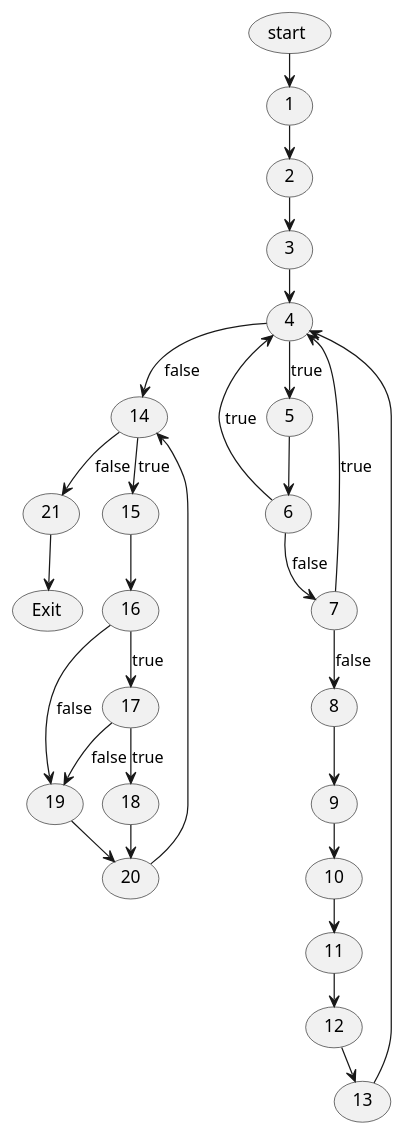
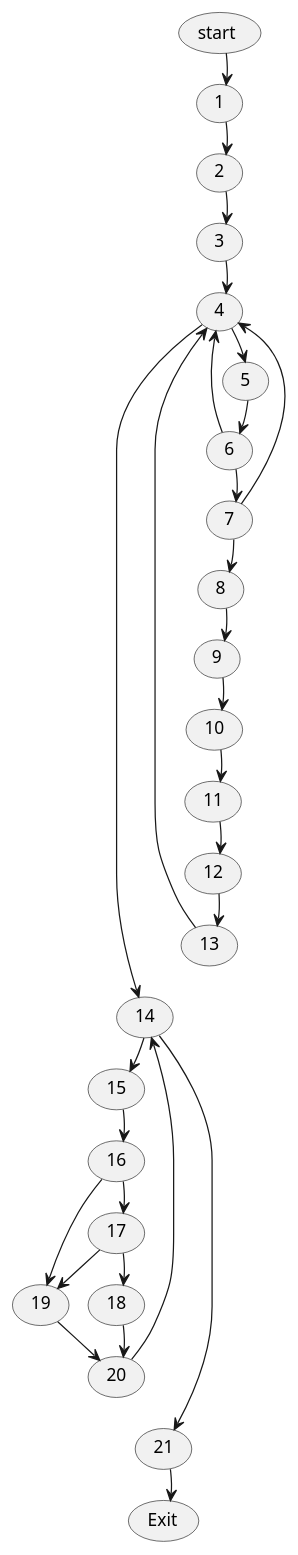
One commit to chuonghoai/MarketPlace changed the diagram in docs/white_box_testing/create_reviews/02_control_flow_graph.puml. Above: the diagram before and after it, drawn with PlantUML. The commit also changed 65 other files, not shown here.

```diff
--- a/docs/white_box_testing/create_reviews/02_control_flow_graph.puml
+++ b/docs/white_box_testing/create_reviews/02_control_flow_graph.puml
@@ -1,70 +1,92 @@
 @startuml
 skinparam nodesep 15
 skinparam ranksep 25
 
 usecase "start" as start_node
 usecase "1" as n1
 usecase "2" as n2
 usecase "3" as n3
 usecase "4" as n4
 usecase "5" as n5
 usecase "6" as n6
 usecase "7" as n7
 usecase "8" as n8
 usecase "9" as n9
 usecase "10" as n10
 usecase "11" as n11
 usecase "12" as n12
 usecase "13" as n13
 usecase "14" as n14
 usecase "15" as n15
 usecase "16" as n16
 usecase "17" as n17
 usecase "18" as n18
 usecase "19" as n19
 usecase "20" as n20
 usecase "21" as n21
 usecase "Exit" as end_node
 
+start_node -[hidden]down-> n1
+n1 -[hidden]down-> n2
+n2 -[hidden]down-> n3
+n3 -[hidden]down-> n4
+n4 -[hidden]down-> n5
+n5 -[hidden]down-> n6
+n6 -[hidden]down-> n7
+n7 -[hidden]down-> n8
+n8 -[hidden]down-> n9
+n9 -[hidden]down-> n10
+n10 -[hidden]down-> n11
+n11 -[hidden]down-> n12
+n12 -[hidden]down-> n13
+n13 -[hidden]down-> n14
+n14 -[hidden]down-> n15
+n15 -[hidden]down-> n16
+n16 -[hidden]down-> n17
+n17 -[hidden]down-> n18
+n18 -[hidden]down-> n20
+n20 -[hidden]down-> n21
+n21 -[hidden]down-> end_node
+
 start_node --> n1
 n1 --> n2
 n2 --> n3
 n3 --> n4
 
-n4 --> n5 : true
-n4 --> n14 : false
+n4 --> n5
+n4 --> n14
 
 n5 --> n6
 
-n6 --> n4 : true
-n6 --> n7 : false
+n6 --> n7
+n6 --> n4
 
-n7 --> n4 : true
-n7 --> n8 : false
+n7 --> n8
+n7 --> n4
 
 n8 --> n9
 n9 --> n10
 n10 --> n11
 n11 --> n12
 n12 --> n13
 n13 --> n4
 
-n14 --> n15 : true
-n14 --> n21 : false
+n14 --> n15
+n14 --> n21
 
 n15 --> n16
 
-n16 --> n17 : true
-n16 --> n19 : false
+n16 --> n17
+n16 --> n19
 
-n17 --> n18 : true
-n17 --> n19 : false
+n17 --> n18
+n17 --> n19
 
 n18 --> n20
 n19 --> n20
 
 n20 --> n14
 
 n21 --> end_node
 
 @enduml
```
